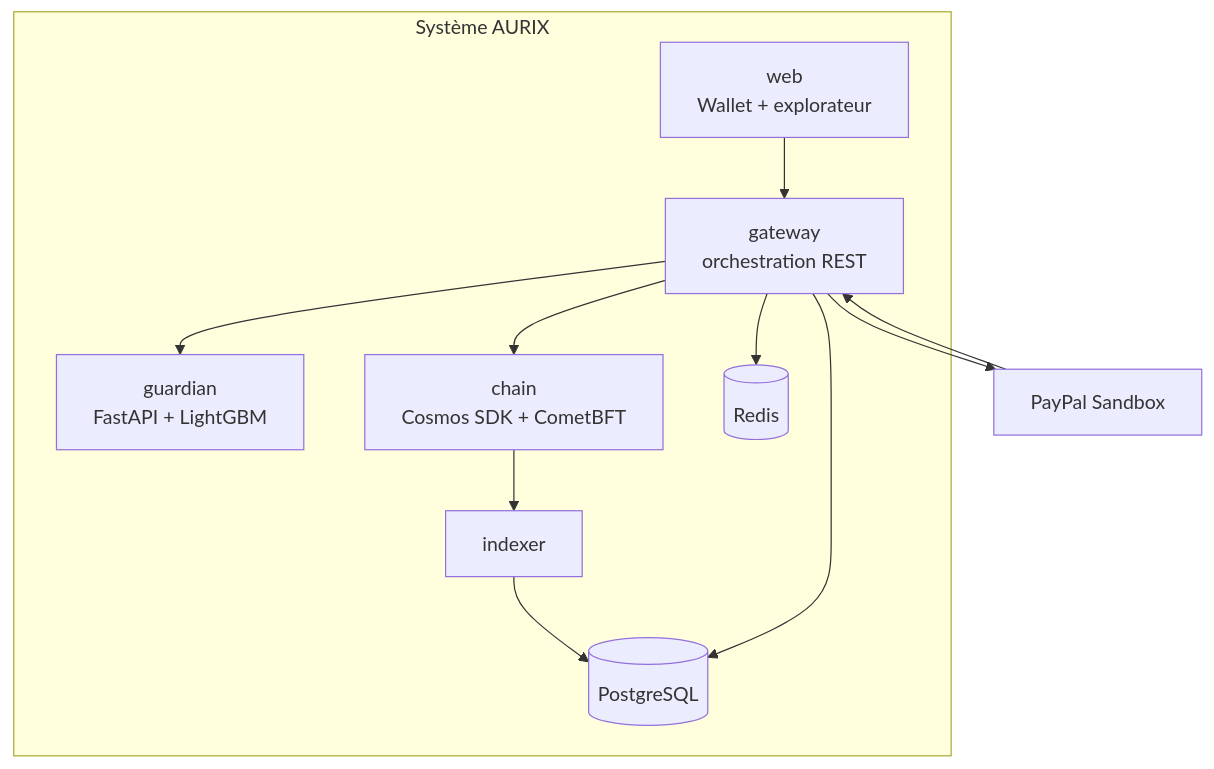
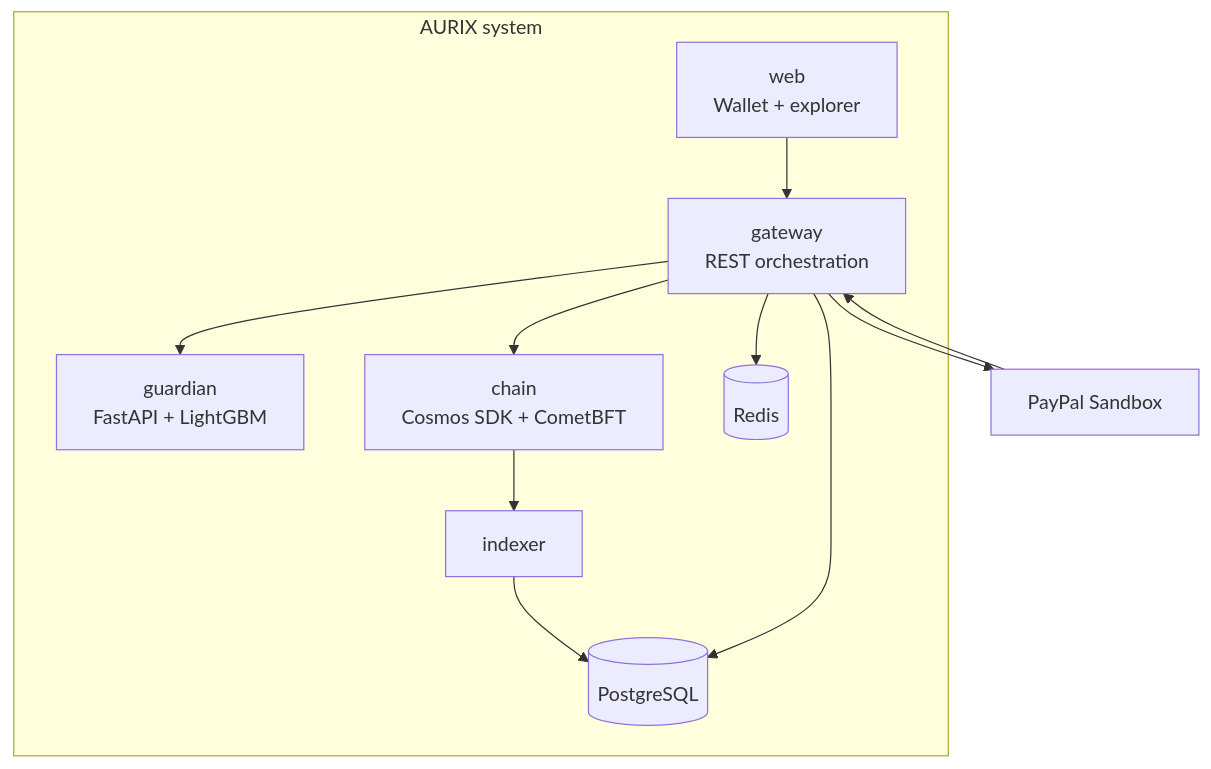
Before and after one commit to joeylukoji/Aurix: the second of 10 diagrams in docs/architecture/diagrams.md, drawn with Mermaid. The commit also changed other lines of this file and 6 other files, not shown here.

````diff
--- a/docs/architecture/diagrams.md
+++ b/docs/architecture/diagrams.md
@@ -20,21 +20,21 @@
 ```mermaid
 flowchart TB
-    subgraph AURIX[Système AURIX]
-        WEB[web<br/>Wallet + explorateur]
-        GW[gateway<br/>orchestration REST]
+    subgraph AURIX[AURIX system]
+        WEB[web<br/>Wallet + explorer]
+        GW[gateway<br/>REST orchestration]
         GD[guardian<br/>FastAPI + LightGBM]
         CH[chain<br/>Cosmos SDK + CometBFT]
         IX[indexer]
         PG[(PostgreSQL)]
         RD[(Redis)]
     end
     PP[PayPal Sandbox]
     WEB --> GW
     GW --> GD
     GW --> CH
     GW --> PP
     PP --> GW
     CH --> IX --> PG
     GW --> PG
     GW --> RD
 ```
````
